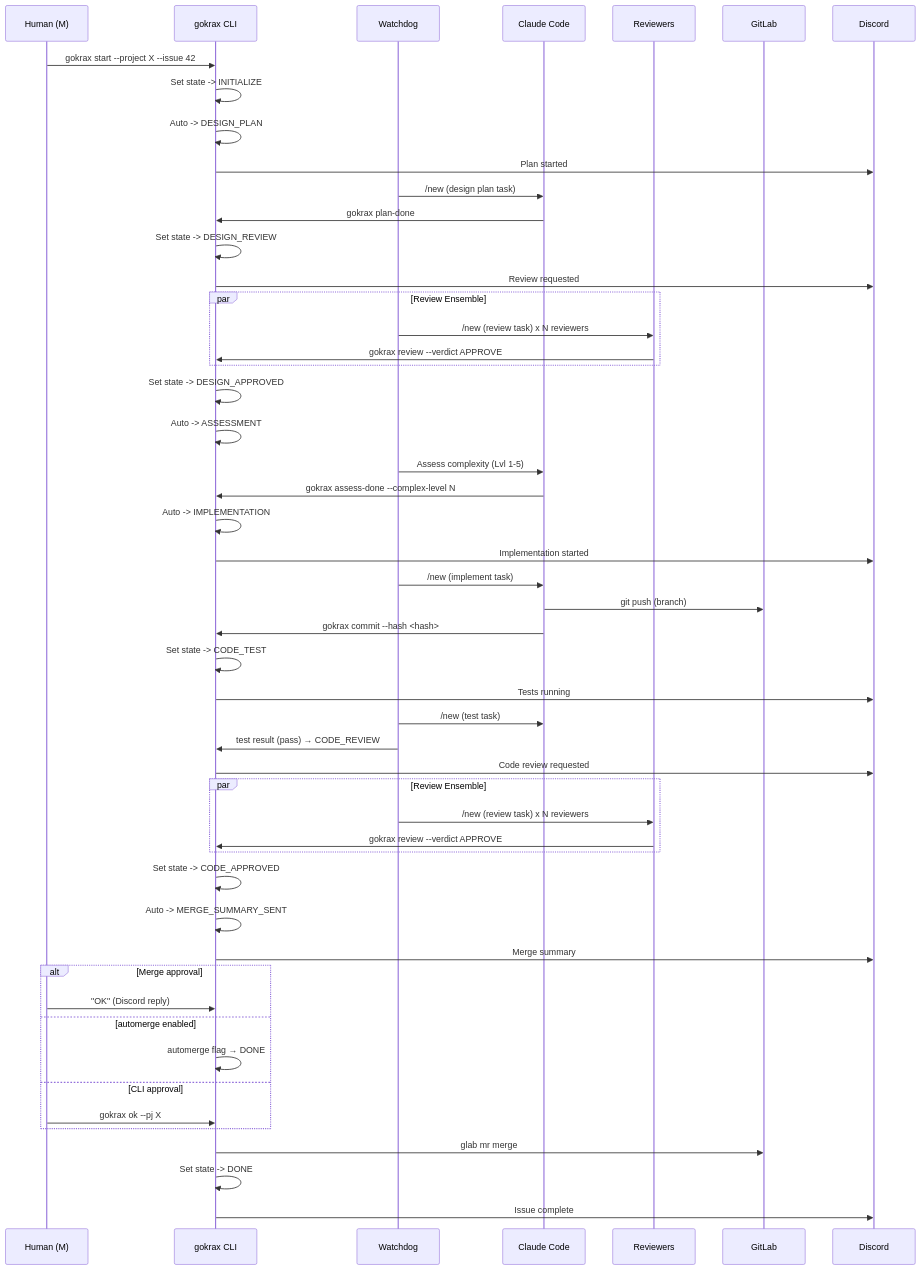
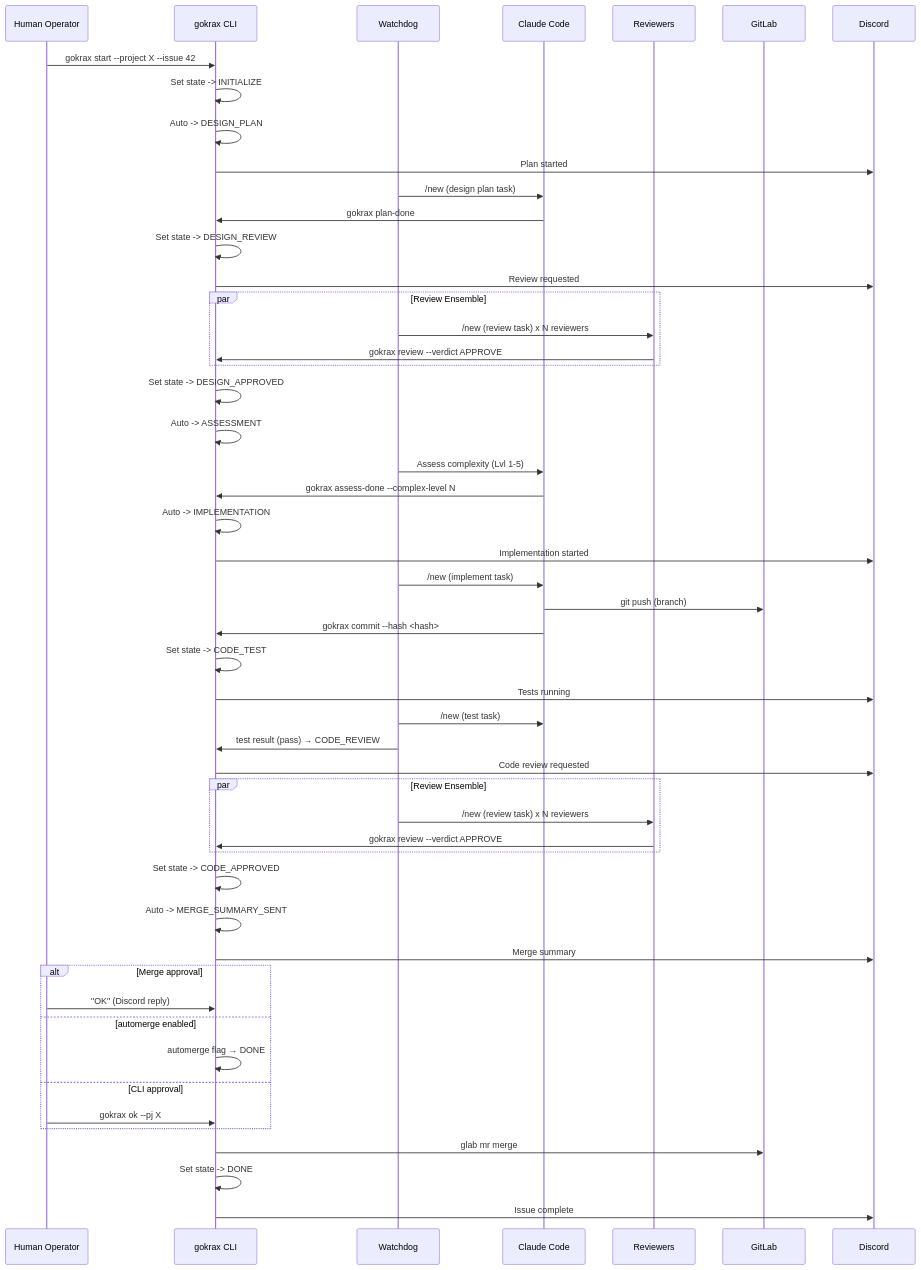
Before and after one commit to atakalive/gokrax: the fifth of 6 diagrams in docs/architecture.md, drawn with Mermaid. The commit also changed other lines of this file and 2 other files, not shown here.

Commit message:
docs: replace internal name "M" with generic "Owner". Closes #264

````diff
--- a/docs/architecture.md
+++ b/docs/architecture.md
@@ -283,58 +283,58 @@
 ```mermaid
 sequenceDiagram
-    participant M as Human (M)
+    participant Owner as Human Operator
     participant DB as gokrax CLI
     participant WD as Watchdog
     participant CC as Claude Code
     participant RV as Reviewers
     participant GL as GitLab
     participant DC as Discord
 
-    M->>DB: gokrax start --project X --issue 42
+    Owner->>DB: gokrax start --project X --issue 42
     DB->>DB: Set state -> INITIALIZE
     DB->>DB: Auto -> DESIGN_PLAN
     DB->>DC: Plan started
     WD->>CC: /new (design plan task)
     CC->>DB: gokrax plan-done
     DB->>DB: Set state -> DESIGN_REVIEW
     DB->>DC: Review requested
 
     par Review Ensemble
         WD->>RV: /new (review task) x N reviewers
         RV->>DB: gokrax review --verdict APPROVE
     end
 
     DB->>DB: Set state -> DESIGN_APPROVED
     DB->>DB: Auto -> ASSESSMENT
     WD->>CC: Assess complexity (Lvl 1-5)
     CC->>DB: gokrax assess-done --complex-level N
     DB->>DB: Auto -> IMPLEMENTATION
     DB->>DC: Implementation started
     WD->>CC: /new (implement task)
     CC->>GL: git push (branch)
     CC->>DB: gokrax commit --hash <hash>
     DB->>DB: Set state -> CODE_TEST
     DB->>DC: Tests running
     WD->>CC: /new (test task)
     WD->>DB: test result (pass) → CODE_REVIEW
     DB->>DC: Code review requested
 
     par Review Ensemble
         WD->>RV: /new (review task) x N reviewers
         RV->>DB: gokrax review --verdict APPROVE
     end
 
     DB->>DB: Set state -> CODE_APPROVED
     DB->>DB: Auto -> MERGE_SUMMARY_SENT
     DB->>DC: Merge summary
     alt Merge approval
-        M->>DB: "OK" (Discord reply)
+        Owner->>DB: "OK" (Discord reply)
     else automerge enabled
         DB->>DB: automerge flag → DONE
     else CLI approval
-        M->>DB: gokrax ok --pj X
+        Owner->>DB: gokrax ok --pj X
     end
     DB->>GL: glab mr merge
     DB->>DB: Set state -> DONE
     DB->>DC: Issue complete
 ```
````
